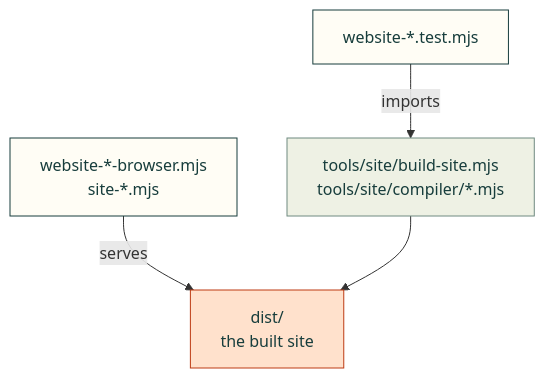
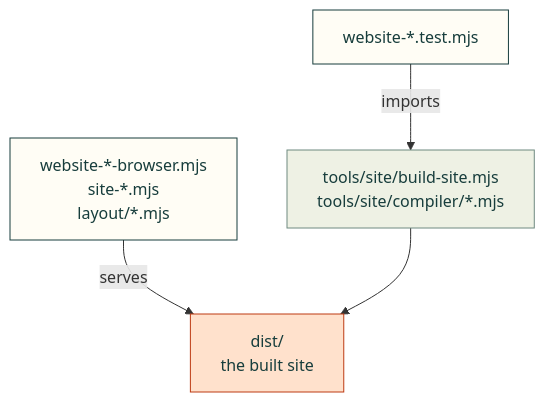
One commit to Valpatel/cad-agent changed the first of 2 diagrams in tests/site/README.md. Above: the diagram before and after it, drawn with Mermaid. The commit also changed other lines of this file and 11 other files, not shown here.

Commit message:
test(site): organize layout checks and cover wide screens

````diff
--- a/tests/site/README.md
+++ b/tests/site/README.md
@@ -11,16 +11,16 @@
 ```mermaid
 flowchart TD
     U["website-*.test.mjs"]
     T["tools/site/build-site.mjs<br/>tools/site/compiler/*.mjs"]
-    B["website-*-browser.mjs<br/>site-*.mjs"]
+    B["website-*-browser.mjs<br/>site-*.mjs<br/>layout/*.mjs"]
     D["dist/<br/>the built site"]
     U -->|"imports"| T
     B -->|"serves"| D
     T --> D
     classDef here fill:#fffdf5,stroke:#173d3c,color:#173d3c
     classDef near fill:#eef1e4,stroke:#6f8a80,color:#173d3c
     classDef out fill:#ffe1cc,stroke:#bd3a12,color:#173d3c
     class U,B here
     class T near
     class D out
 ```
````
